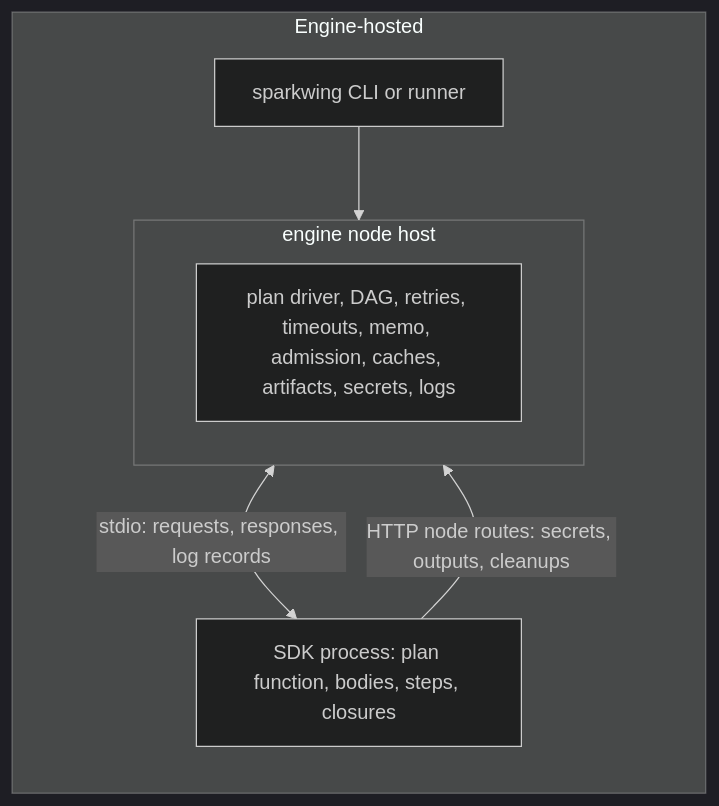
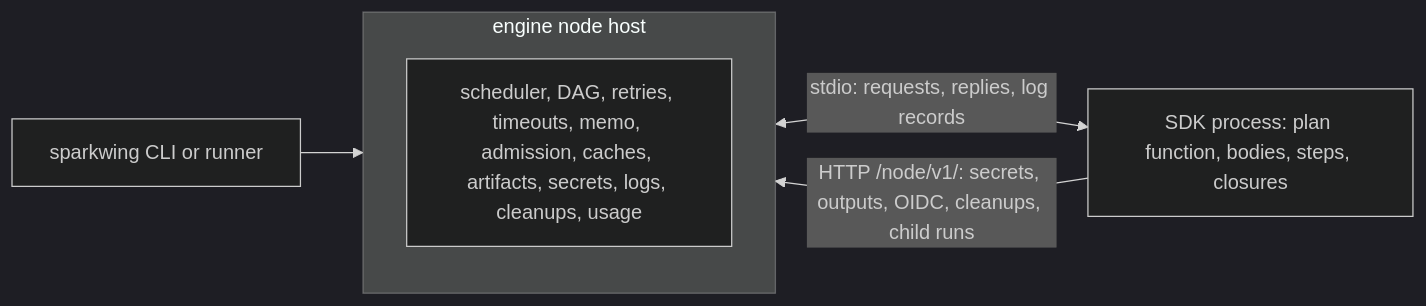
One commit to sparkwing-dev/sparkwing changed the diagram in design/engine-hosted-execution.md. Above: the diagram before and after it, drawn with Mermaid (dark theme). The commit also changed other lines of this file and 11 other files, not shown here.

First line of the commit message:
docs(protocol): specify the engine-hosted node protocol as one model

````diff
--- a/design/engine-hosted-execution.md
+++ b/design/engine-hosted-execution.md
@@ -39,11 +7,9 @@
 ```mermaid
 flowchart LR
-  subgraph hosted[Engine-hosted]
-    CLI2[sparkwing CLI or runner] --> HOST
-    subgraph HOST[engine node host]
-      ORCH2[plan driver, DAG, retries, timeouts, memo, admission, caches, artifacts, secrets, logs]
-    end
-    HOST <-->|stdio: requests, responses, log records| SDK2[SDK process: plan function, bodies, steps, closures]
-    SDK2 -->|HTTP node routes: secrets, outputs, cleanups| HOST
+  CLI[sparkwing CLI or runner] --> HOST
+  subgraph HOST[engine node host]
+    ORCH[scheduler, DAG, retries, timeouts, memo, admission, caches, artifacts, secrets, logs, cleanups, usage]
   end
+  HOST <-->|stdio: requests, replies, log records| SDK[SDK process: plan function, bodies, steps, closures]
+  SDK -->|HTTP /node/v1/: secrets, outputs, OIDC, cleanups, child runs| HOST
 ```
````
